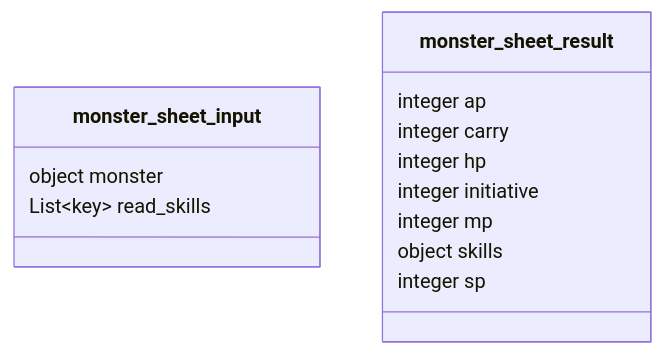
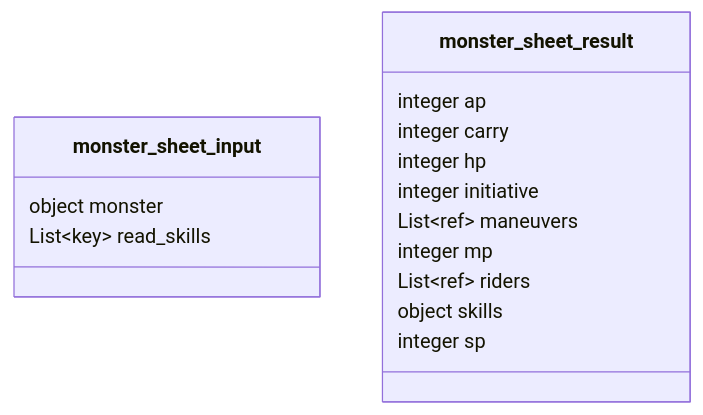
Diagram 18 of 28 in docs/backend/contract-diagram.md (SETA1609/riftweave-core), drawn with Mermaid before and after one commit. The commit also changed other lines of this file and 116 other files, not shown here.

````diff
--- a/docs/backend/contract-diagram.md
+++ b/docs/backend/contract-diagram.md
@@ -491,16 +532,18 @@
 ```mermaid
 classDiagram
     class monster_sheet_input {
         object monster
         List~key~ read_skills
     }
     class monster_sheet_result {
         integer ap
         integer carry
         integer hp
         integer initiative
+        List~ref~ maneuvers
         integer mp
+        List~ref~ riders
         object skills
         integer sp
     }
 ```
````
